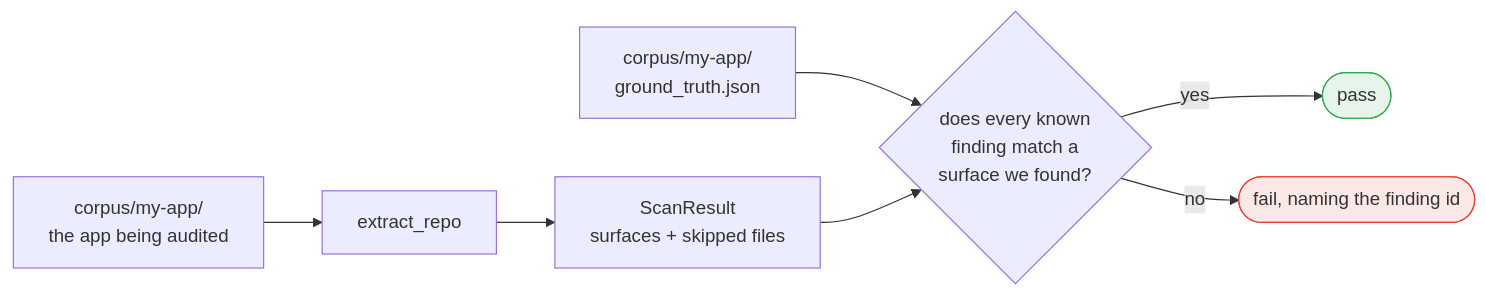
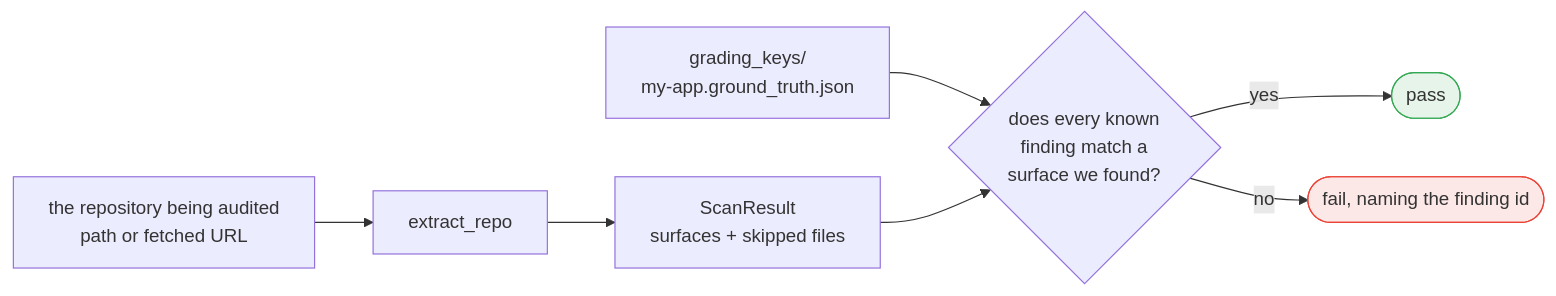
One commit to heinthtnaung/AgenticLLMAppAuditor changed the seventh of 10 diagrams in docs/FLOW.md. Above: the diagram before and after it, drawn with Mermaid. The commit also changed other lines of this file and 312 other files, not shown here.

````diff
--- a/docs/FLOW.md
+++ b/docs/FLOW.md
@@ -353,12 +493,12 @@
 ```mermaid
 flowchart LR
-    C[corpus/my-app/<br/>the app being audited] --> E[extract_repo]
+    C[the repository being audited<br/>path or fetched URL] --> E[extract_repo]
     E --> F[ScanResult<br/>surfaces + skipped files]
-    G[corpus/my-app/<br/>ground_truth.json] --> M{does every known<br/>finding match a<br/>surface we found?}
+    G[grading_keys/<br/>my-app.ground_truth.json] --> M{does every known<br/>finding match a<br/>surface we found?}
     F --> M
     M -->|yes| OK([pass])
     M -->|no| BAD([fail, naming the finding id])
 
     style OK fill:#e6f4ea,stroke:#34a853
     style BAD fill:#fce8e6,stroke:#ea4335
 ```
````
